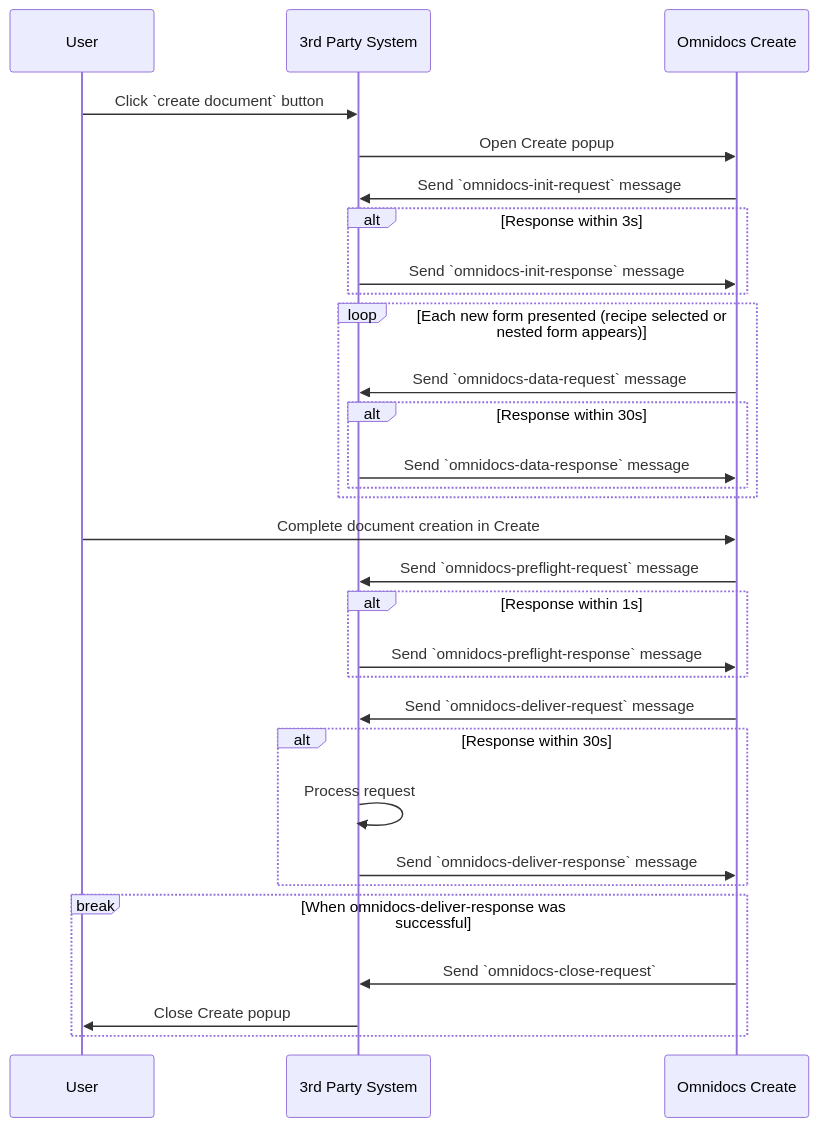
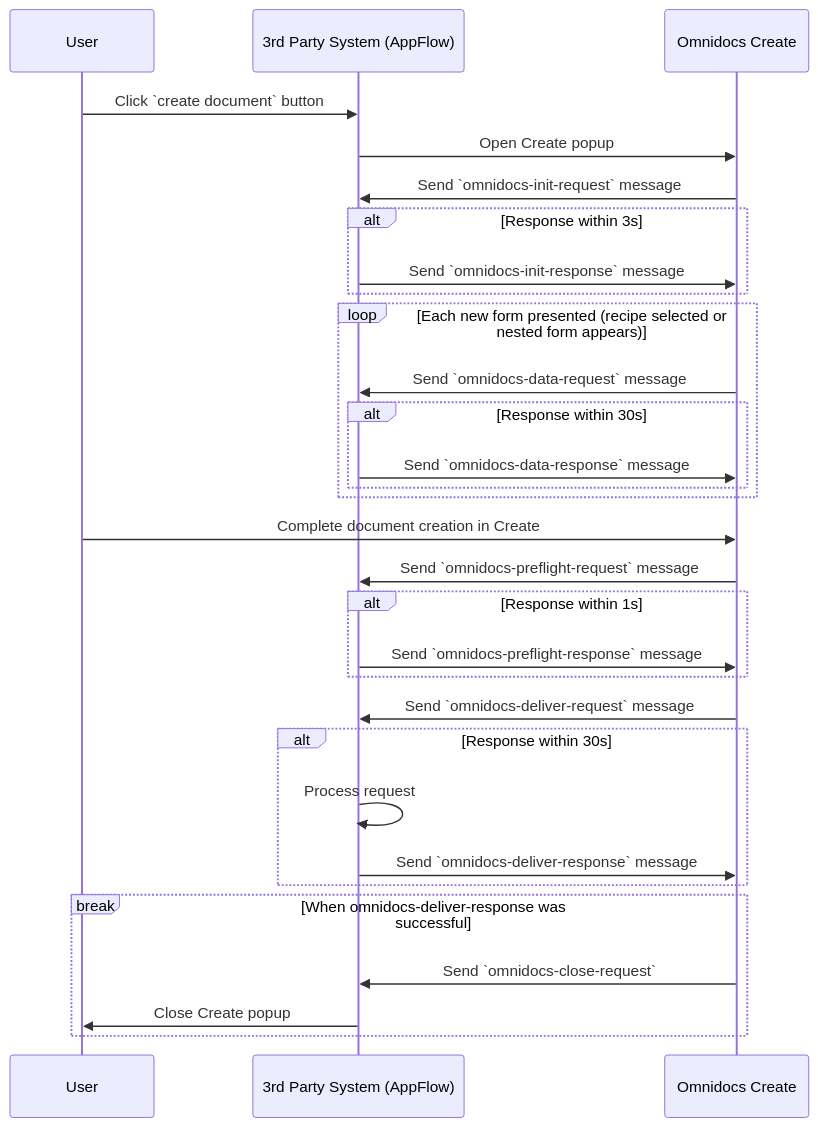
One commit to Omnidocs/AppFlow changed the first of 2 diagrams in readme.md. Above: the diagram before and after it, drawn with Mermaid. The commit also changed other lines of this file, not shown here.

````diff
--- a/readme.md
+++ b/readme.md
@@ -29,42 +30,42 @@
 ```mermaid
 sequenceDiagram
     participant User as User
-    participant 3rd as 3rd Party System
+    participant 3rd as 3rd Party System (AppFlow)
     participant OC as Omnidocs Create
 
     User->> 3rd: Click `create document` button
     3rd->> OC: Open Create popup
     OC->> 3rd: Send `omnidocs-init-request` message
     
     alt Response within 3s
     3rd->> OC: Send `omnidocs-init-response` message
     end
     
     loop Each new form presented (recipe selected or nested form appears)
         OC ->> 3rd: Send `omnidocs-data-request` message
         alt Response within 30s
             3rd ->> OC: Send `omnidocs-data-response` message
         end
     end
 
     User->>OC: Complete document creation in Create
 
     %% Preflight request and response before deliver request
     OC->>3rd: Send `omnidocs-preflight-request` message
     alt Response within 1s
         3rd->>OC: Send `omnidocs-preflight-response` message
     end
 
     %% deliver request after preflight check
     OC->>3rd: Send `omnidocs-deliver-request` message
 
     alt Response within 30s
         3rd->>3rd: Process request
         3rd->>OC: Send `omnidocs-deliver-response` message
     end
 
     break When omnidocs-deliver-response was successful
         OC ->> 3rd: Send `omnidocs-close-request`
         3rd->>User: Close Create popup
     end
 ```
````
